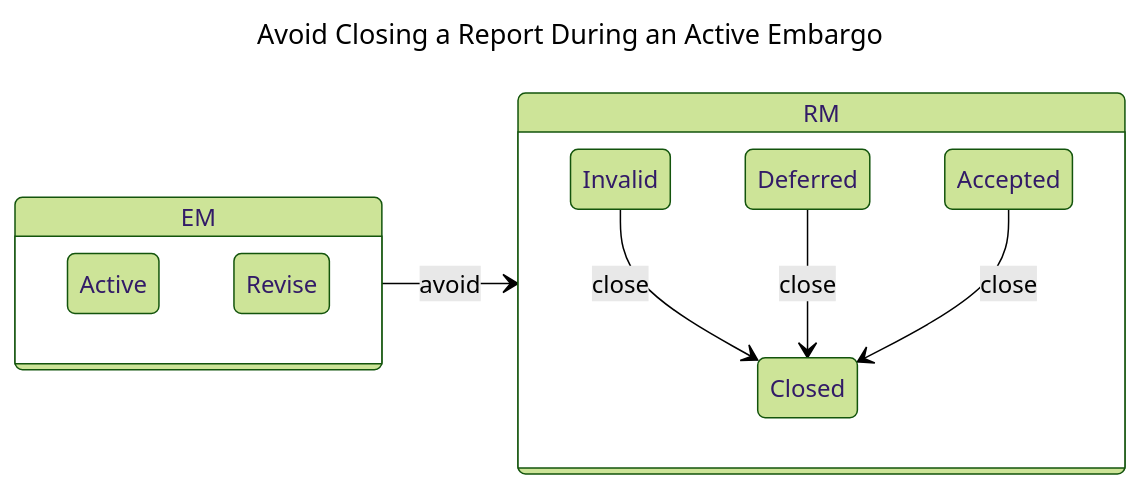
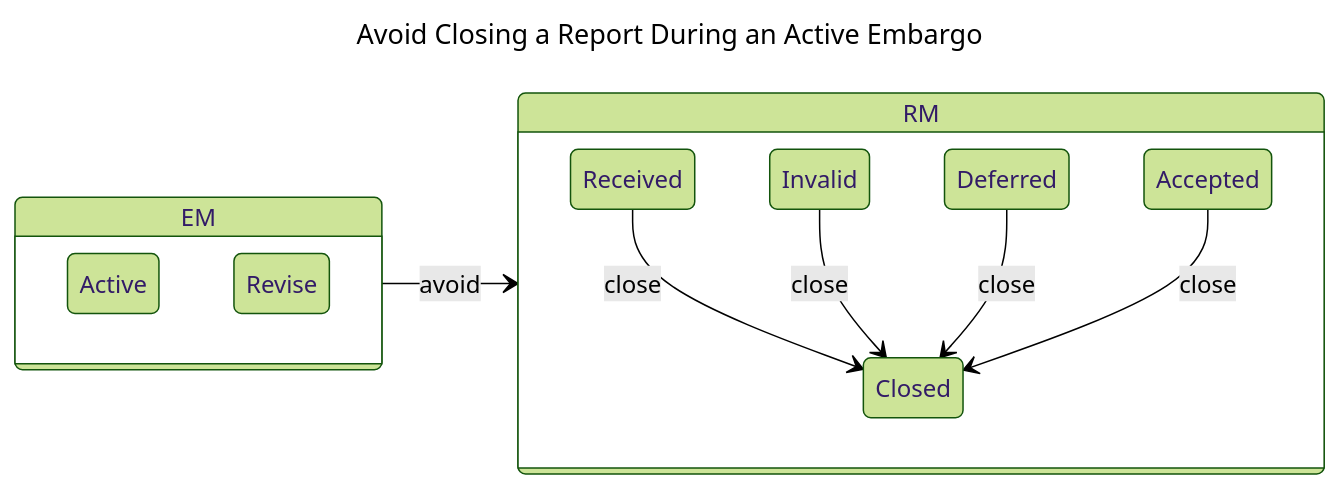
One commit to CERTCC/Vultron changed the tenth of 11 diagrams in docs/topics/process_models/model_interactions/rm_em.md. Above: the diagram before and after it, drawn with Mermaid (forest theme). The commit also changed other lines of this file and 40 other files, not shown here.

First line of the commit message:
feat(rm): close from Received, route Leave from Valid through Deferred

````diff
--- a/docs/topics/process_models/model_interactions/rm_em.md
+++ b/docs/topics/process_models/model_interactions/rm_em.md
@@ -294,17 +294,18 @@
 ```mermaid
 ---
 title: Avoid Closing a Report During an Active Embargo
 ---
 stateDiagram-v2
     direction LR
     state RM {
+        Received --> Closed: close
         Invalid --> Closed: close
         Deferred --> Closed: close
         Accepted --> Closed: close
     }
     state EM {
         Active
         Revise
     }
     EM --> RM : avoid
 ```
````
